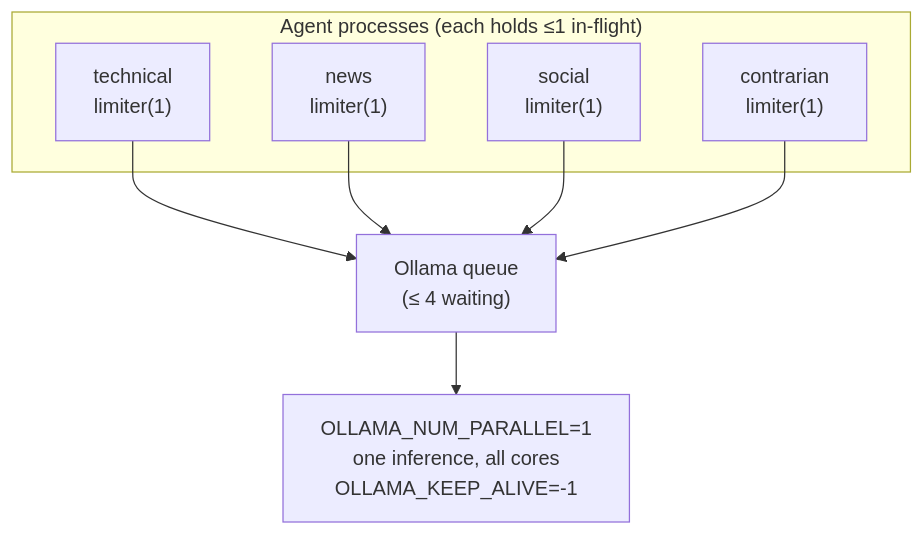
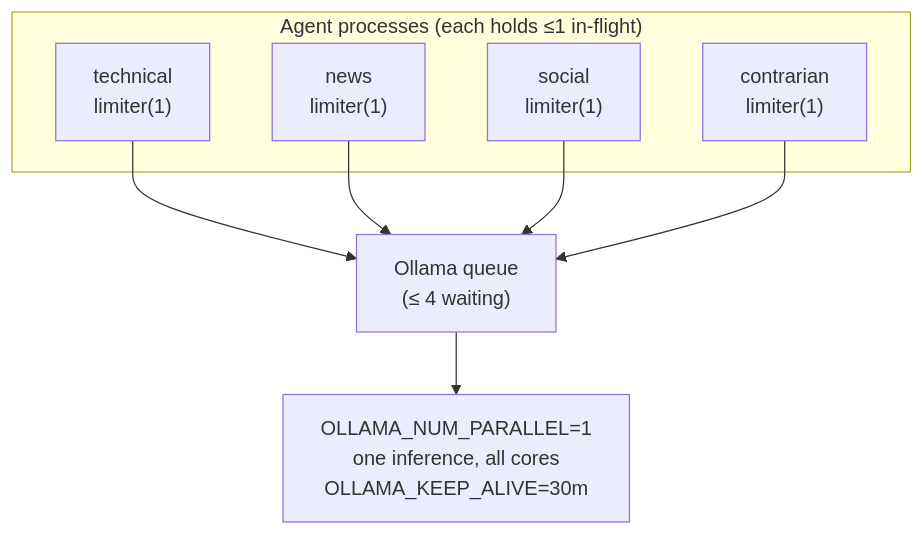
Before and after one commit to givewgun/legion: the fifth of 7 diagrams in docs/ARCHITECTURE.md, drawn with Mermaid. The commit also changed 7 other files, not shown here.

First line of the commit message:
fix: bound ollama keep-alive to stop unbounded memory growth

````diff
--- a/docs/ARCHITECTURE.md
+++ b/docs/ARCHITECTURE.md
@@ -207,18 +207,18 @@
 ```mermaid
 flowchart TB
     subgraph procs["Agent processes (each holds ≤1 in-flight)"]
         t["technical<br/>limiter(1)"]
         n["news<br/>limiter(1)"]
         s["social<br/>limiter(1)"]
         c["contrarian<br/>limiter(1)"]
     end
 
     q["Ollama queue<br/>(≤ 4 waiting)"]
-    exec["OLLAMA_NUM_PARALLEL=1<br/>one inference, all cores<br/>OLLAMA_KEEP_ALIVE=-1"]
+    exec["OLLAMA_NUM_PARALLEL=1<br/>one inference, all cores<br/>OLLAMA_KEEP_ALIVE=30m"]
 
     t --> q
     n --> q
     s --> q
     c --> q
     q --> exec
 ```
````
